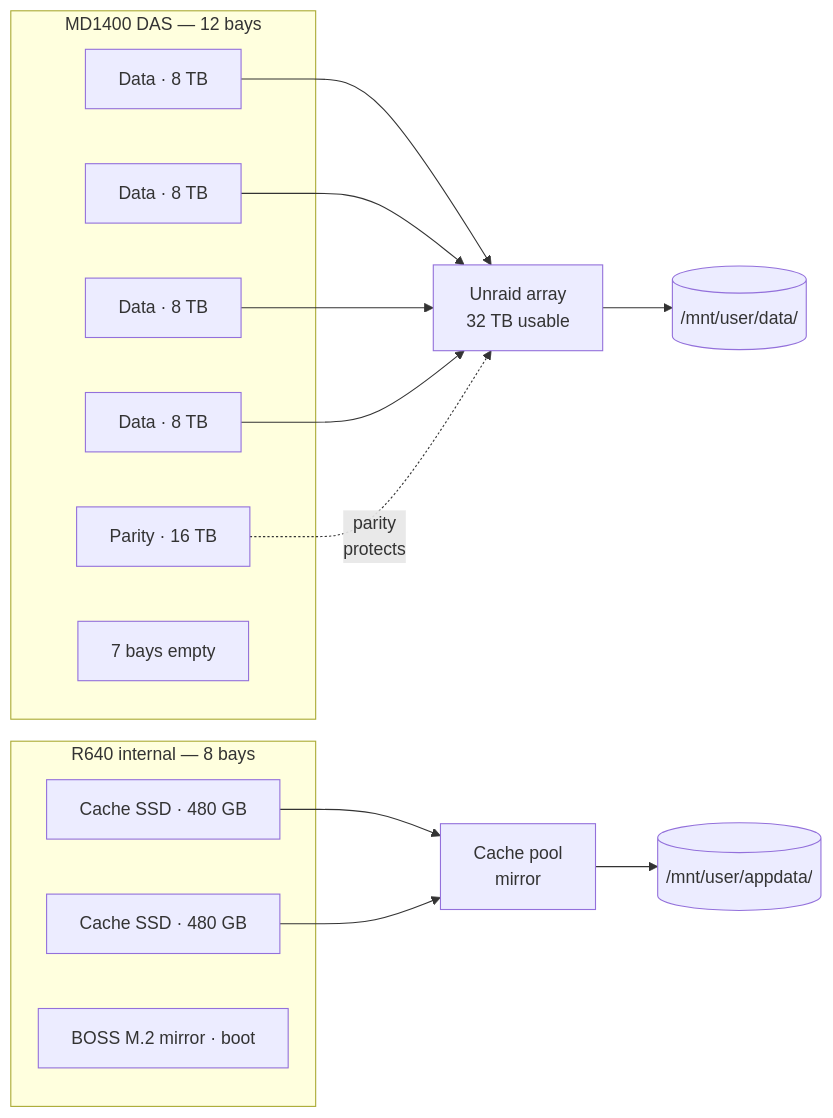
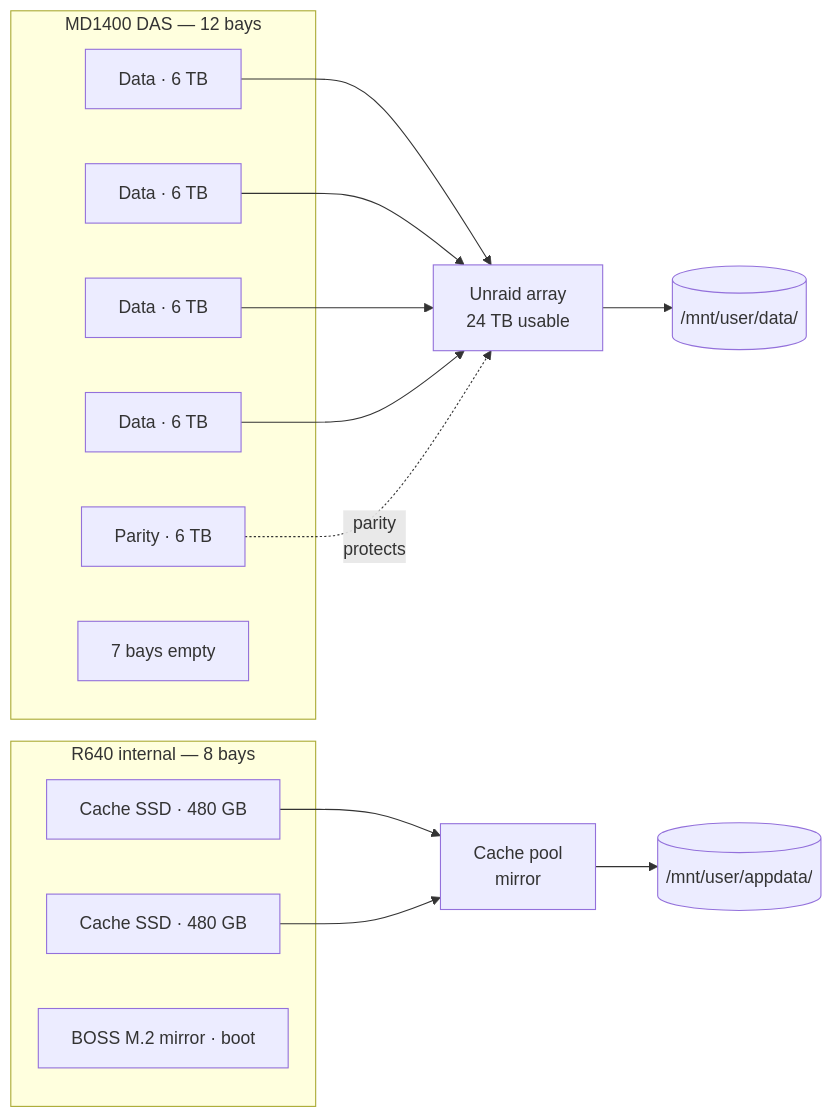
One commit to mihirsathe/homeserver changed the second of 4 diagrams in docs/diagrams-drafts.md. Above: the diagram before and after it, drawn with Mermaid. The commit also changed 14 other files, not shown here.

````diff
--- a/docs/diagrams-drafts.md
+++ b/docs/diagrams-drafts.md
@@ -82,27 +82,27 @@
 ```mermaid
 flowchart LR
     subgraph md["MD1400 DAS — 12 bays"]
-        P["Parity · 16 TB"]
-        D1["Data · 8 TB"]
-        D2["Data · 8 TB"]
-        D3["Data · 8 TB"]
-        D4["Data · 8 TB"]
+        P["Parity · 6 TB"]
+        D1["Data · 6 TB"]
+        D2["Data · 6 TB"]
+        D3["Data · 6 TB"]
+        D4["Data · 6 TB"]
         E["7 bays empty"]
     end
     subgraph r640["R640 internal — 8 bays"]
         C1["Cache SSD · 480 GB"]
         C2["Cache SSD · 480 GB"]
         BOSS["BOSS M.2 mirror · boot"]
     end
 
     D1 --> ARR
     D2 --> ARR
     D3 --> ARR
     D4 --> ARR
     P -.->|"parity<br/>protects"| ARR
-    ARR["Unraid array<br/>32 TB usable"] --> DATA[("/mnt/user/data/")]
+    ARR["Unraid array<br/>24 TB usable"] --> DATA[("/mnt/user/data/")]
 
     C1 --> POOL
     C2 --> POOL
     POOL["Cache pool<br/>mirror"] --> APP[("/mnt/user/appdata/")]
 ```
````
